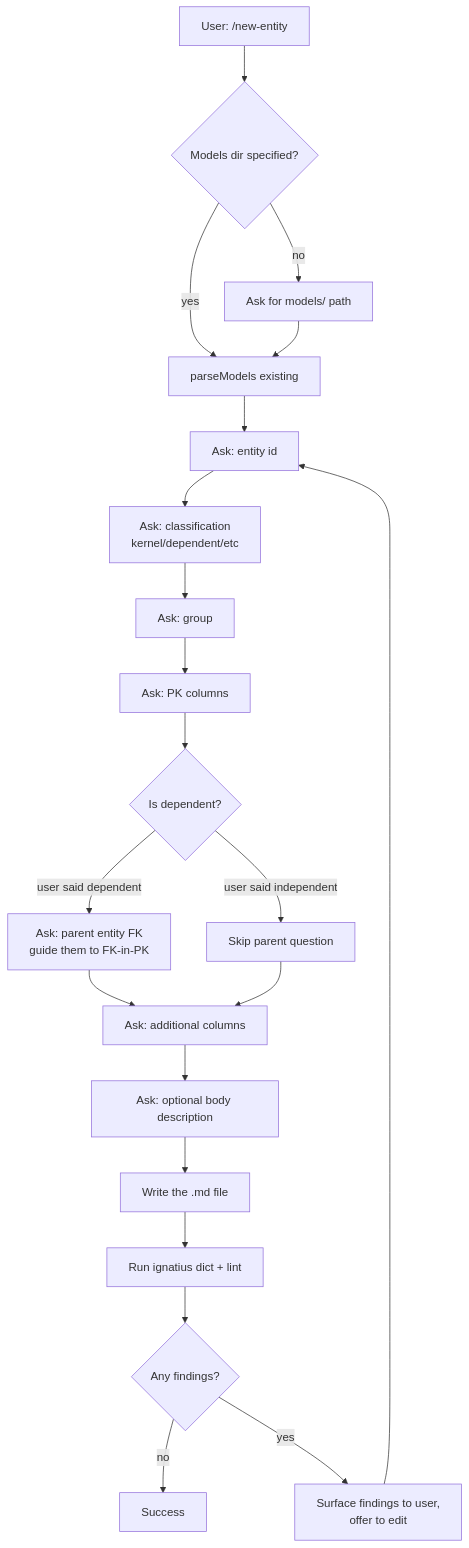
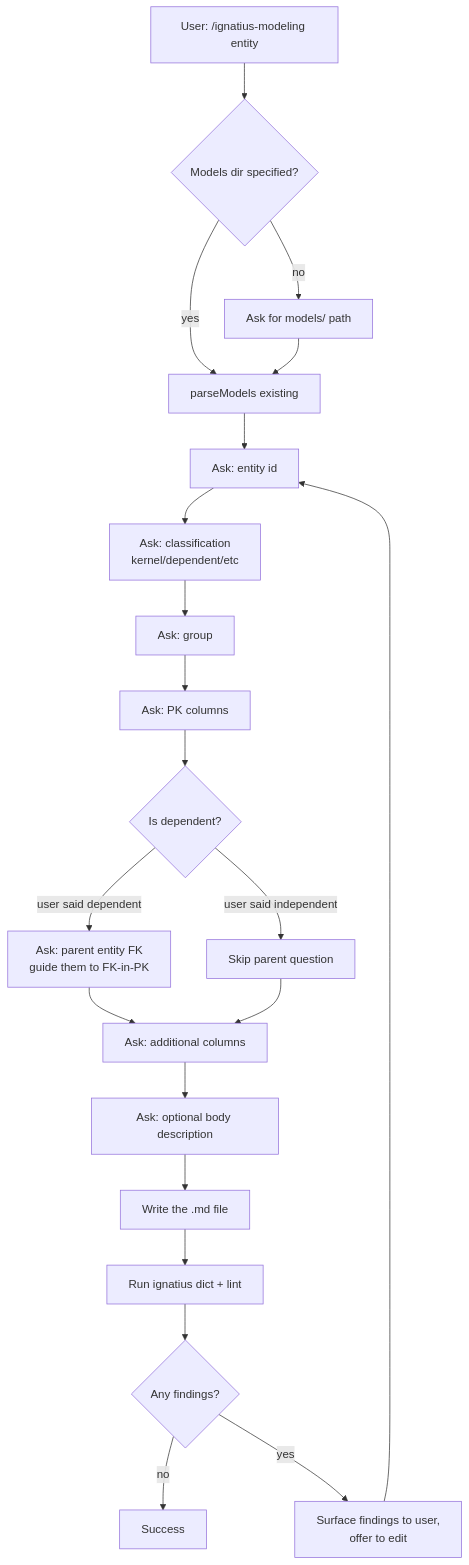
The first of 2 diagrams in docs/design/ignatius-modeling-skill.md (noormdev/ignatius), drawn with Mermaid before and after one commit. The commit also changed other lines of this file and 1 other file, not shown here.

First line of the commit message:
docs(spec): amend ignatius-modeling-skill — one skill, two modes

````diff
--- a/docs/design/ignatius-modeling-skill.md
+++ b/docs/design/ignatius-modeling-skill.md
@@ -39,23 +39,23 @@
 ```mermaid
 flowchart TD
-    Start[User: /new-entity] --> Q1{Models dir specified?}
+    Start[User: /ignatius-modeling entity] --> Q1{Models dir specified?}
     Q1 -->|no| AskDir[Ask for models/ path]
     Q1 -->|yes| Parse[parseModels existing]
     AskDir --> Parse
     Parse --> Q2[Ask: entity id]
     Q2 --> Q3[Ask: classification<br/>kernel/dependent/etc]
     Q3 --> Q4[Ask: group]
     Q4 --> Q5[Ask: PK columns]
     Q5 --> Q6{Is dependent?}
     Q6 -->|user said dependent| Q7[Ask: parent entity FK<br/>guide them to FK-in-PK]
     Q6 -->|user said independent| Q8[Skip parent question]
     Q7 --> Q9[Ask: additional columns]
     Q8 --> Q9
     Q9 --> Q10[Ask: optional body description]
     Q10 --> Write[Write the .md file]
     Write --> Lint[Run ignatius dict + lint]
     Lint --> Report{Any findings?}
     Report -->|no| Success
     Report -->|yes| Loop[Surface findings to user,<br/>offer to edit]
     Loop --> Q2
 ```
````
